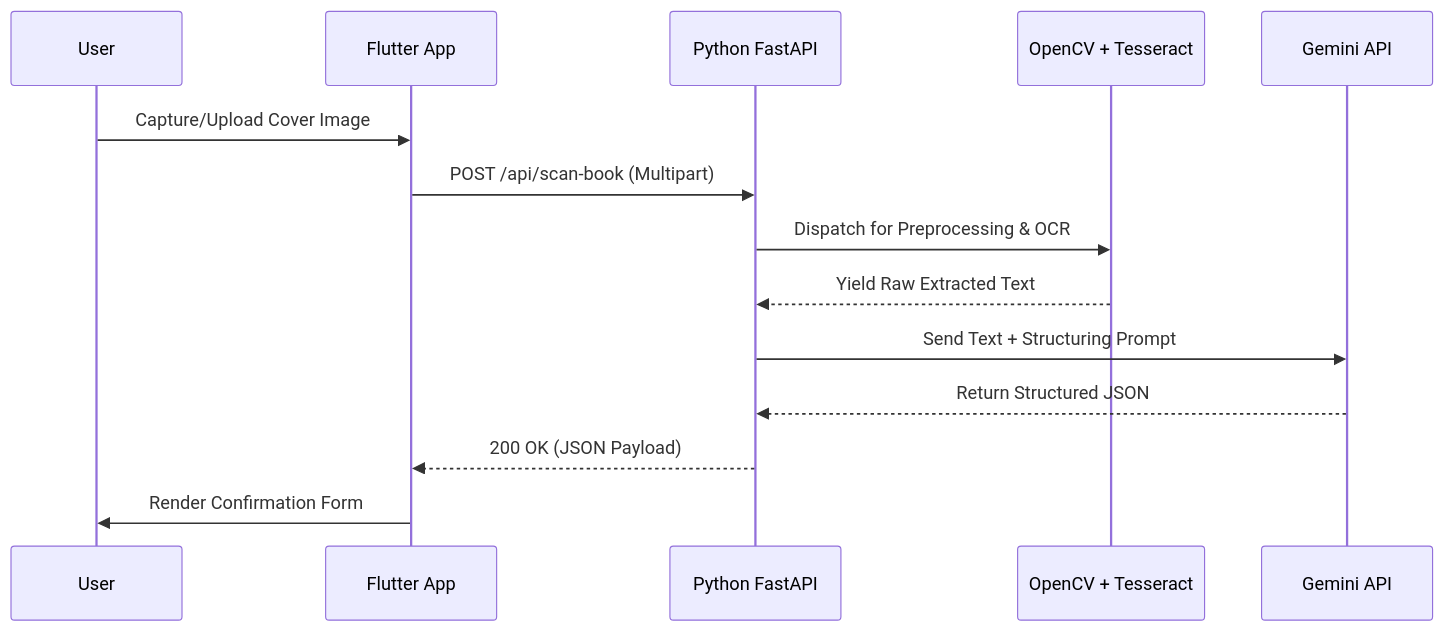
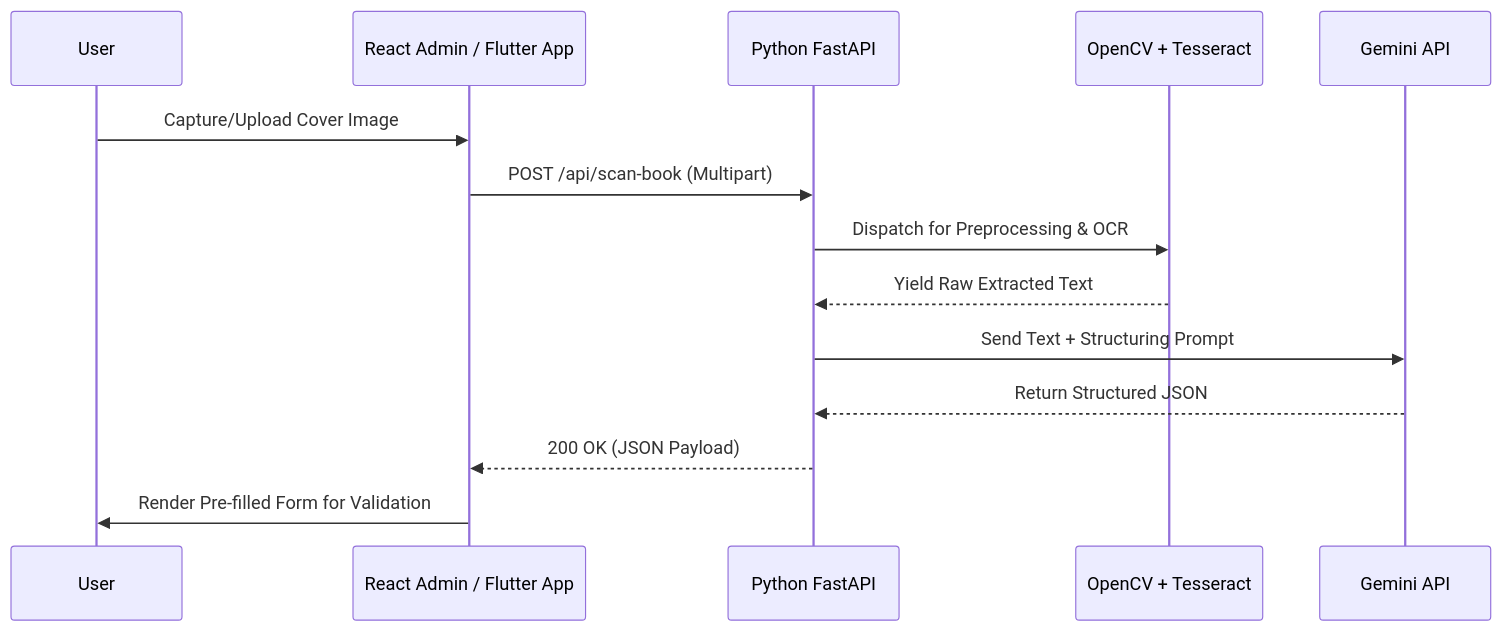
The diagram in doc/ocr_workflow.md (prasajanravishka/library_system-), drawn with Mermaid before and after one commit. The commit also changed other lines of this file and 5 other files, not shown here.

Commit message:
docs: updated documentation to reflect dual-frontend architecture and copy-level tracking

````diff
--- a/doc/ocr_workflow.md
+++ b/doc/ocr_workflow.md
@@ -41,17 +41,17 @@
 ```mermaid
 sequenceDiagram
     participant User
-    participant App as Flutter App
+    participant Client as React Admin / Flutter App
     participant API as Python FastAPI
     participant CV as OpenCV + Tesseract
     participant LLM as Gemini API
 
-    User->>App: Capture/Upload Cover Image
-    App->>API: POST /api/scan-book (Multipart)
+    User->>Client: Capture/Upload Cover Image
+    Client->>API: POST /api/scan-book (Multipart)
     API->>CV: Dispatch for Preprocessing & OCR
     CV-->>API: Yield Raw Extracted Text
     API->>LLM: Send Text + Structuring Prompt
     LLM-->>API: Return Structured JSON
-    API-->>App: 200 OK (JSON Payload)
-    App->>User: Render Confirmation Form
+    API-->>Client: 200 OK (JSON Payload)
+    Client->>User: Render Pre-filled Form for Validation
 ```
````
